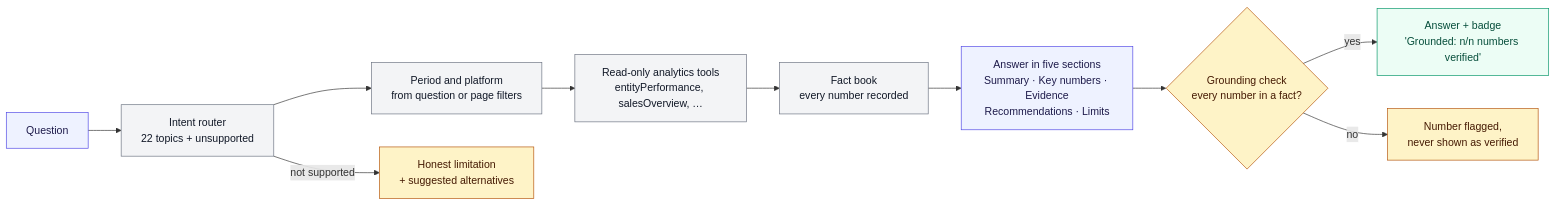
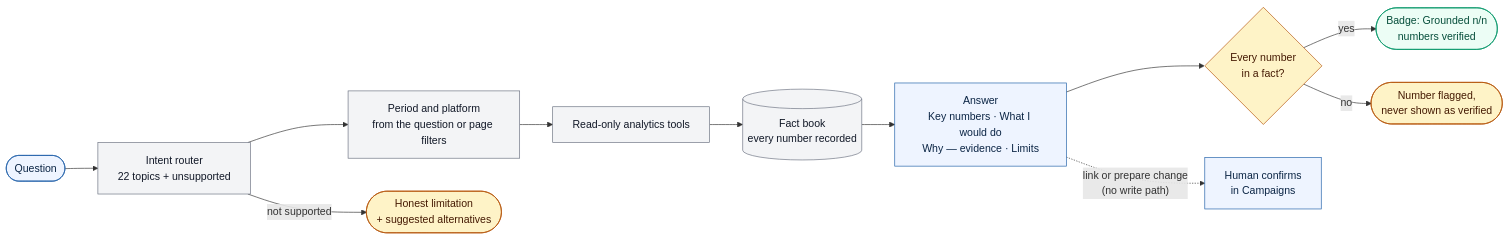
One commit to gabercmatej/Meta-Google-ads-sales-analytics-platform changed the second of 3 diagrams in README.md. Above: the diagram before and after it, drawn with Mermaid. The commit also changed other lines of this file and 78 other files, not shown here.

````diff
--- a/README.md
+++ b/README.md
@@ -57,21 +131,22 @@
 ```mermaid
 flowchart LR
-  Q["Question"] --> R["Intent router<br/>22 topics + unsupported"]
-  R --> P["Period and platform<br/>from question or page filters"]
-  P --> T["Read-only analytics tools<br/>entityPerformance, salesOverview, …"]
-  T --> F["Fact book<br/>every number recorded"]
-  F --> A["Answer in five sections<br/>Summary · Key numbers · Evidence<br/>Recommendations · Limits"]
-  A --> G{"Grounding check<br/>every number in a fact?"}
-  G -- "yes" --> OK["Answer + badge<br/>'Grounded: n/n numbers verified'"]
-  G -- "no" --> X["Number flagged,<br/>never shown as verified"]
-  R -- "not supported" --> U["Honest limitation<br/>+ suggested alternatives"]
+  Q(["Question"]) --> R["Intent router<br/>22 topics + unsupported"]
+  R --> P["Period and platform<br/>from the question or page filters"]
+  P --> T["Read-only analytics tools"]
+  T --> F[("Fact book<br/>every number recorded")]
+  F --> A["Answer<br/>Key numbers · What I would do<br/>Why — evidence · Limits"]
+  A --> G{"Every number<br/>in a fact?"}
+  G -- "yes" --> OK(["Badge: Grounded n/n<br/>numbers verified"])
+  G -- "no" --> X(["Number flagged,<br/>never shown as verified"])
+  R -- "not supported" --> U(["Honest limitation<br/>+ suggested alternatives"])
+  A -. "link or prepare change<br/>(no write path)" .-> H["Human confirms<br/>in Campaigns"]
 
-  classDef io fill:#eef2ff,stroke:#4f46e5,color:#1e1b4b
+  classDef io fill:#eef4ff,stroke:#1f5fa8,color:#0b2545
   classDef tool fill:#f3f4f6,stroke:#6b7280,color:#111827
   classDef ok fill:#ecfdf5,stroke:#059669,color:#064e3b
   classDef warn fill:#fef3c7,stroke:#b45309,color:#451a03
-  class Q,A io
+  class Q,A,H io
   class R,P,T,F tool
   class OK ok
   class G,X,U warn
 ```
````
